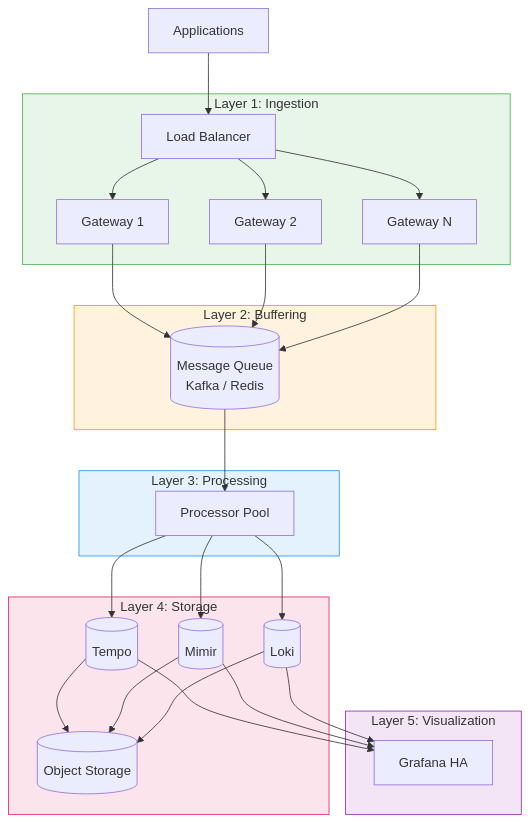
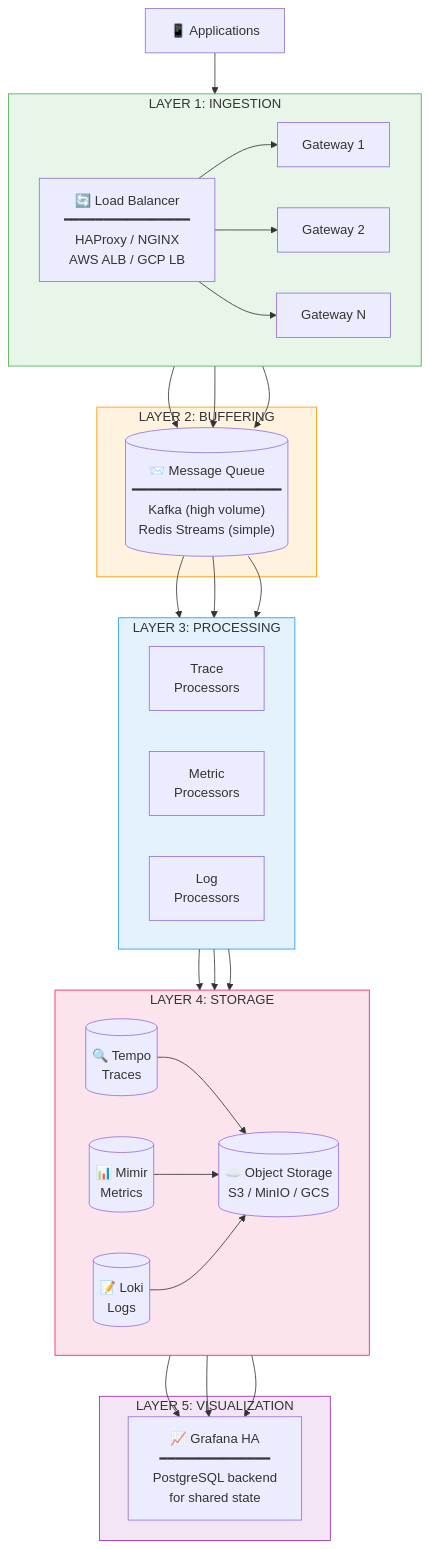
Before and after one commit to shivam-g-mishra/opensource-otel-setup: the seventh of 14 diagrams in docs/scalable/architecture.md, drawn with Mermaid. The commit also changed other lines of this file, not shown here.

First line of the commit message:
docs: expand architecture document with comprehensive technology details

````diff
--- a/docs/scalable/architecture.md
+++ b/docs/scalable/architecture.md
@@ -186,38 +651,47 @@
 ```mermaid
 flowchart TB
-    subgraph L1["Layer 1: Ingestion"]
-        LB["Load Balancer"]
+    subgraph L1["LAYER 1: INGESTION"]
+        direction LR
+        LB["🔄 Load Balancer<br/>━━━━━━━━━━━━━━━━<br/>HAProxy / NGINX<br/>AWS ALB / GCP LB"]
         G1["Gateway 1"] & G2["Gateway 2"] & G3["Gateway N"]
         LB --> G1 & G2 & G3
     end
     
-    subgraph L2["Layer 2: Buffering"]
-        MQ[("Message Queue<br/>Kafka / Redis")]
+    subgraph L2["LAYER 2: BUFFERING"]
+        MQ[("📨 Message Queue<br/>━━━━━━━━━━━━━━━━━━━<br/>Kafka (high volume)<br/>Redis Streams (simple)")]
     end
     
-    subgraph L3["Layer 3: Processing"]
-        P1["Processor Pool"]
+    subgraph L3["LAYER 3: PROCESSING"]
+        direction LR
+        TP["Trace<br/>Processors"] 
+        MP["Metric<br/>Processors"]
+        LP["Log<br/>Processors"]
     end
     
-    subgraph L4["Layer 4: Storage"]
-        T[("Tempo")] & M[("Mimir")] & L[("Loki")]
-        S3[("Object Storage")]
+    subgraph L4["LAYER 4: STORAGE"]
+        direction LR
+        T[("🔍 Tempo<br/>Traces")]
+        M[("📊 Mimir<br/>Metrics")]
+        L[("📝 Loki<br/>Logs")]
+        S3[("☁️ Object Storage<br/>S3 / MinIO / GCS")]
     end
     
-    subgraph L5["Layer 5: Visualization"]
-        Graf["Grafana HA"]
+    subgraph L5["LAYER 5: VISUALIZATION"]
+        Graf["📈 Grafana HA<br/>━━━━━━━━━━━━━━<br/>PostgreSQL backend<br/>for shared state"]
     end
     
-    Apps["Applications"] --> LB
+    Apps["📱 Applications"] --> LB
     G1 & G2 & G3 --> MQ
-    MQ --> P1
-    P1 --> T & M & L
+    MQ --> TP & MP & LP
+    TP --> T
+    MP --> M
+    LP --> L
     T & M & L --> S3
     T & M & L --> Graf
     
     style L1 fill:#e8f5e9,stroke:#4caf50
     style L2 fill:#fff3e0,stroke:#ff9800
     style L3 fill:#e3f2fd,stroke:#2196f3
     style L4 fill:#fce4ec,stroke:#e91e63
     style L5 fill:#f3e5f5,stroke:#9c27b0
 ```
````
